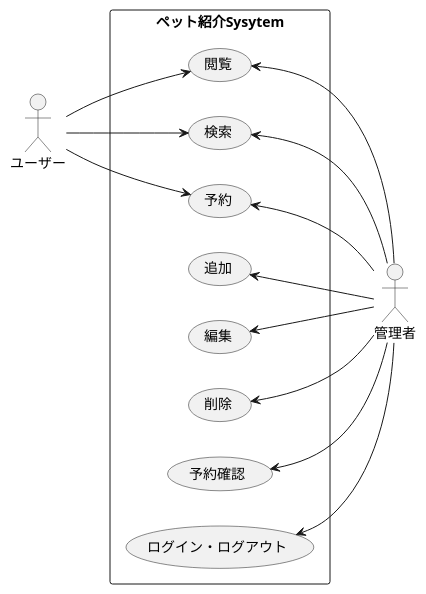
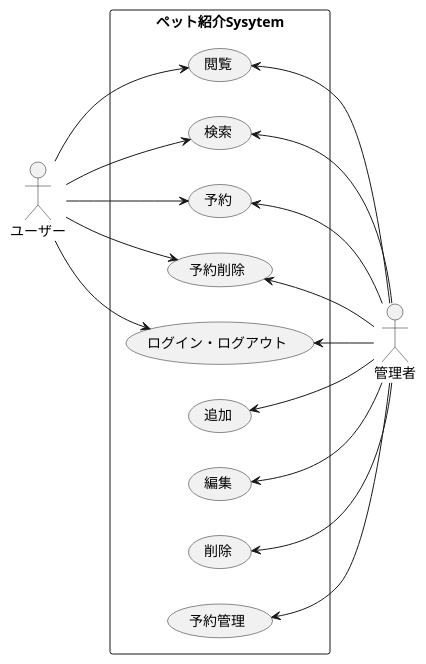
The diagram in UML/usecase.pu (Tyamanaka07/WebSystem), drawn with PlantUML before and after one commit. The commit also changed 10 other files, not shown here.

```diff
--- a/UML/usecase.pu
+++ b/UML/usecase.pu
@@ -1,20 +1,23 @@
 @startuml
 left to right direction
 actor ユーザー
 actor 管理者
 
 rectangle ペット紹介Sysytem{
 	ユーザー --> (閲覧)
 	ユーザー --> (検索)
 	ユーザー --> (予約)
+	ユーザー --> (予約削除)
+	ユーザー --> (ログイン・ログアウト)
 
-	(閲覧)<--管理者
-	(検索)<--管理者
-	(予約)<--管理者
-	(追加)<--管理者
-	(編集)<--管理者
-	(削除)<--管理者
-	(予約確認)<--管理者
+	(予約)     <--管理者
+	(予約削除) <--管理者
+	(閲覧)     <--管理者
+	(検索)     <--管理者
+	(追加)     <--管理者
+	(編集)     <--管理者
+	(削除)     <--管理者
+	(予約管理) <--管理者
 	(ログイン・ログアウト)<--管理者
 }
 @enduml
```
